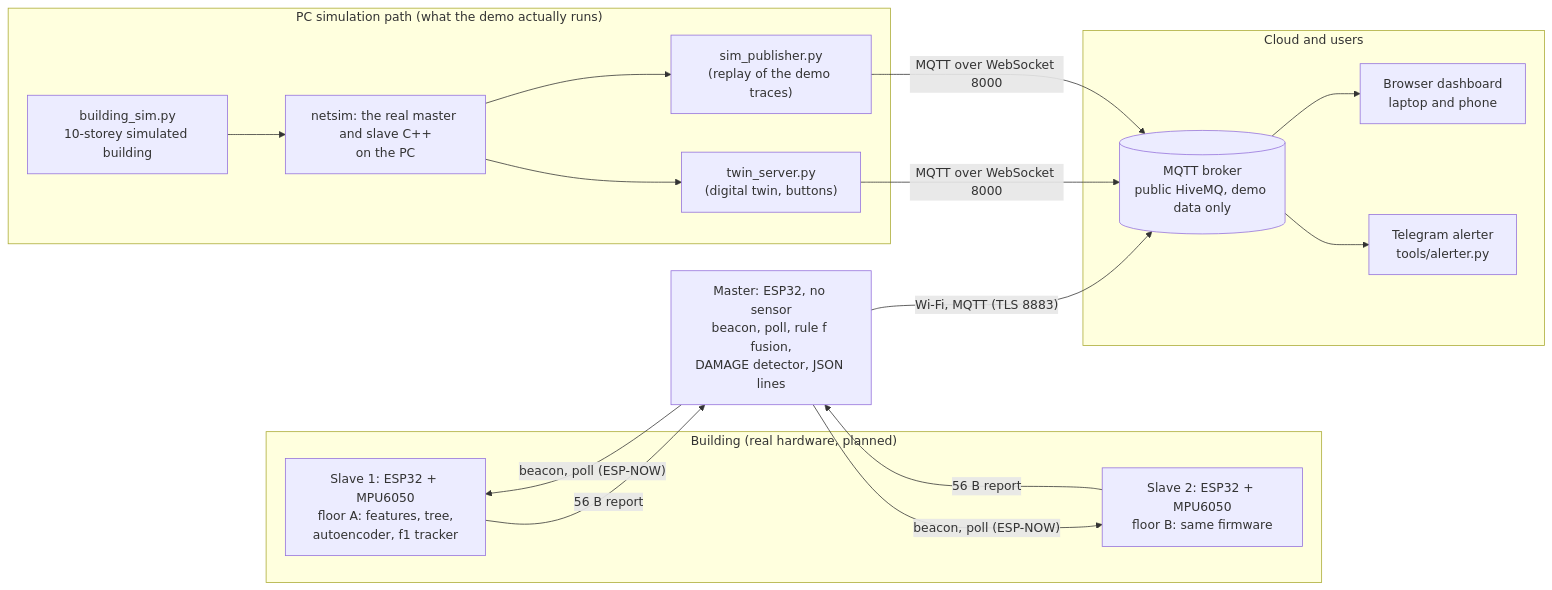
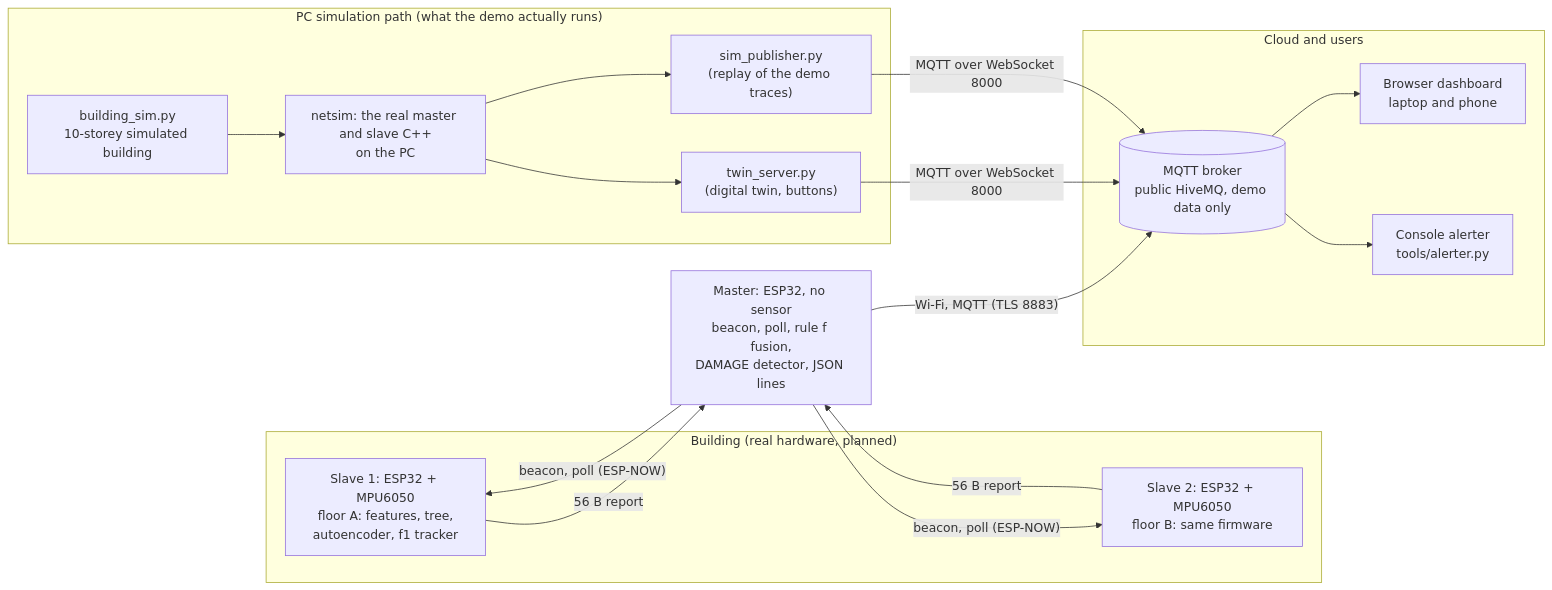
Before and after one commit to rakshitha-manoj/Resonance: the diagram in PROJECT_GUIDE.md, drawn with Mermaid. The commit also changed other lines of this file and 7 other files, not shown here.

Commit message:
Docs: remove every Telegram mention; alerts are the console monitor and browser notifications

````diff
--- a/PROJECT_GUIDE.md
+++ b/PROJECT_GUIDE.md
@@ -49,32 +49,32 @@
 ```mermaid
 flowchart LR
   subgraph structure["Building (real hardware, planned)"]
     S1["Slave 1: ESP32 + MPU6050<br/>floor A: features, tree,<br/>autoencoder, f1 tracker"]
     S2["Slave 2: ESP32 + MPU6050<br/>floor B: same firmware"]
   end
   M["Master: ESP32, no sensor<br/>beacon, poll, rule f fusion,<br/>DAMAGE detector, JSON lines"]
   subgraph cloud["Cloud and users"]
     B[("MQTT broker<br/>public HiveMQ, demo data only")]
     D["Browser dashboard<br/>laptop and phone"]
-    A["Telegram alerter<br/>tools/alerter.py"]
+    A["Console alerter<br/>tools/alerter.py"]
   end
   M -- "beacon, poll (ESP-NOW)" --> S1
   M -- "beacon, poll (ESP-NOW)" --> S2
   S1 -- "56 B report" --> M
   S2 -- "56 B report" --> M
   M -- "Wi-Fi, MQTT (TLS 8883)" --> B
   B --> D
   B --> A
 
   subgraph pc["PC simulation path (what the demo actually runs)"]
     BS["building_sim.py<br/>10-storey simulated building"]
     NS["netsim: the real master and slave C++<br/>on the PC"]
     TW["twin_server.py<br/>(digital twin, buttons)"]
     SP["sim_publisher.py<br/>(replay of the demo traces)"]
   end
   BS --> NS
   NS --> TW
   NS --> SP
   TW -- "MQTT over WebSocket 8000" --> B
   SP -- "MQTT over WebSocket 8000" --> B
 ```
````
